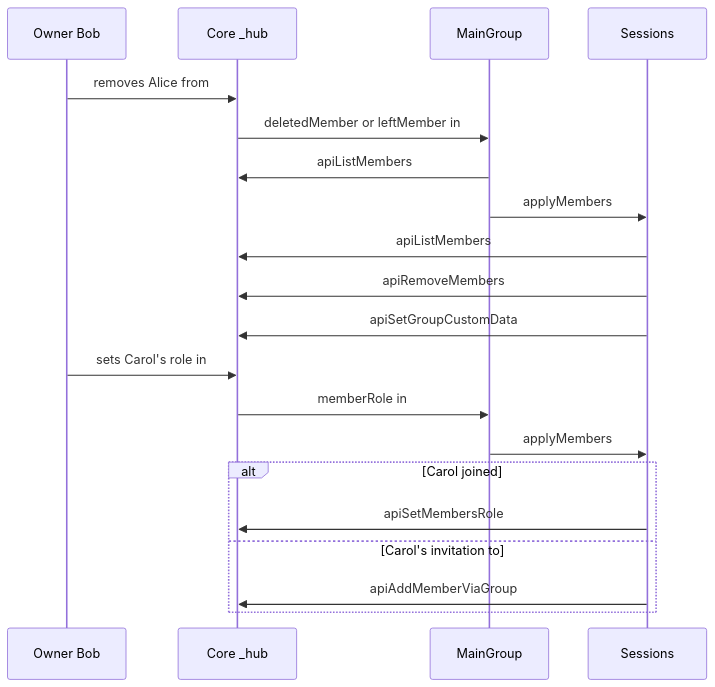
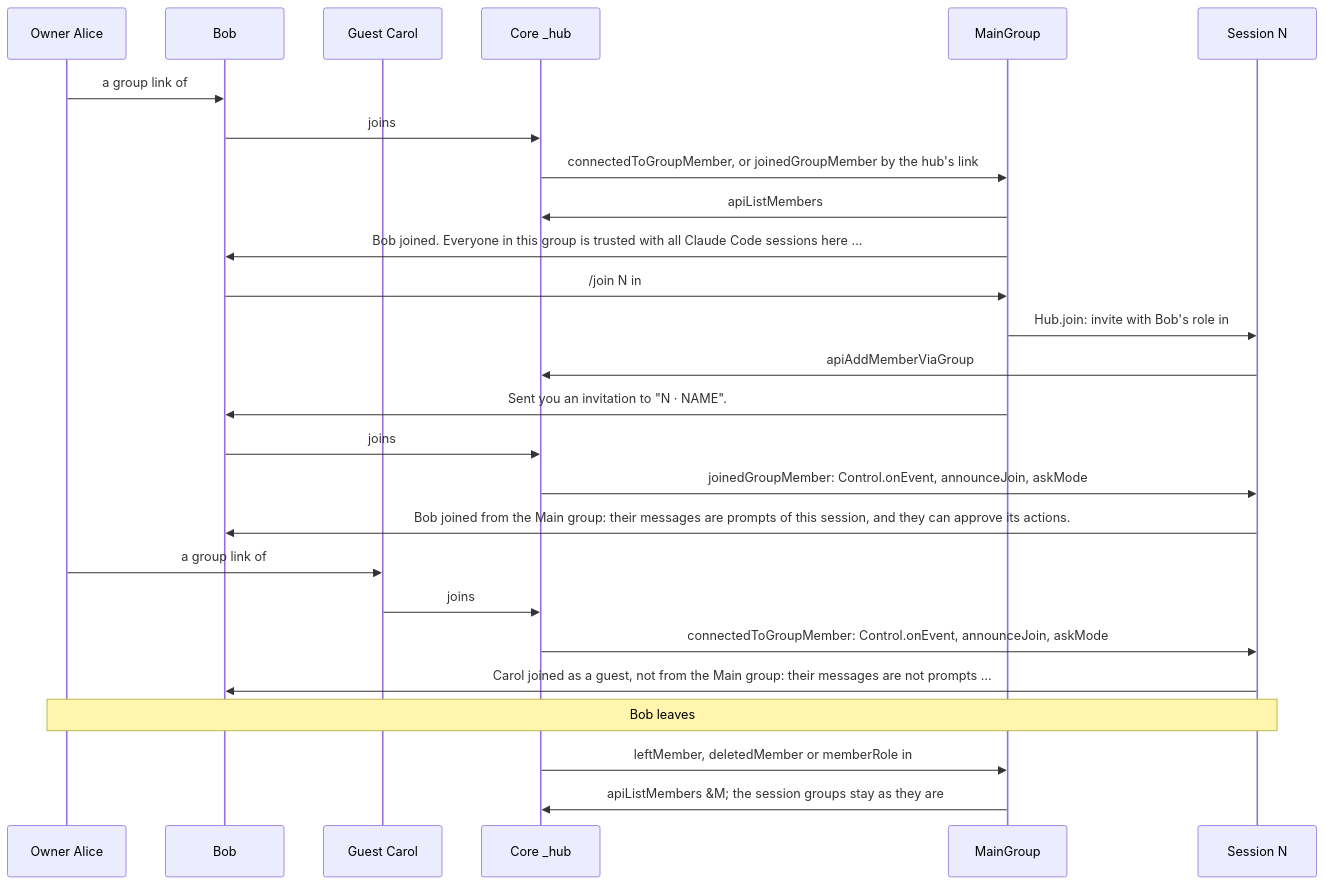
Diagram 28 of 29 in packages/simplex-chat-mcp/spec/flows.md (simplex-chat/simplex-chat), drawn with Mermaid before and after one commit. The commit also changed other lines of this file and 3 other files, not shown here.

First line of the commit message:
mcp: spec of the trust of the Main group, guests and kept session groups

````diff
--- a/packages/simplex-chat-mcp/spec/flows.md
+++ b/packages/simplex-chat-mcp/spec/flows.md
@@ -1205,22 +1207,28 @@
 ```mermaid
 sequenceDiagram
-  participant B as Owner Bob
+  participant A as Owner Alice
+  participant B as Bob
+  participant G as Guest Carol
   participant C as Core _hub
   participant M as MainGroup
-  participant N as Sessions
-  B->>C: removes Alice from #M, or Alice leaves #M
-  C->>M: deletedMember or leftMember in #M
-  M->>C: apiListMembers #M: Alice removed or left
-  M->>N: applyMembers
-  N->>C: apiListMembers #G, for each session group
-  N->>C: apiRemoveMembers #G [Alice's member], in a request of its own
-  N->>C: apiSetGroupCustomData #G, invited without Alice
-  B->>C: sets Carol's role in #M from owner to member
-  C->>M: memberRole in #M
-  M->>N: applyMembers
-  alt Carol joined #G
-    N->>C: apiSetMembersRole #G [Carol's member] member
-  else Carol's invitation to #G is pending
-    N->>C: apiAddMemberViaGroup #G via #M, Carol, member: the invitation sent again with the role
-  end
+  participant N as Session N
+  A->>B: a group link of #M, or an invitation of a contact
+  B->>C: joins #M
+  C->>M: connectedToGroupMember, or joinedGroupMember by the hub's link
+  M->>C: apiListMembers #M: Bob a current member
+  M->>B: Bob joined. Everyone in this group is trusted with all Claude Code sessions here ...
+  B->>M: /join N in #M
+  M->>N: Hub.join: invite with Bob's role in #M
+  N->>C: apiAddMemberViaGroup #G via #M, apiSetGroupCustomData #G invited + Bob
+  M->>B: Sent you an invitation to "N · NAME".
+  B->>C: joins #G
+  C->>N: joinedGroupMember: Control.onEvent, announceJoin, askMode
+  N->>B: Bob joined from the Main group: their messages are prompts of this session, and they can approve its actions.
+  A->>G: a group link of #G, or an invitation of a contact
+  G->>C: joins #G
+  C->>N: connectedToGroupMember: Control.onEvent, announceJoin, askMode
+  N->>B: Carol joined as a guest, not from the Main group: their messages are not prompts ...
+  Note over A,N: Bob leaves #M, is removed from it, or gets another role there
+  C->>M: leftMember, deletedMember or memberRole in #M
+  M->>C: apiListMembers #M; the session groups stay as they are
 ```
````
